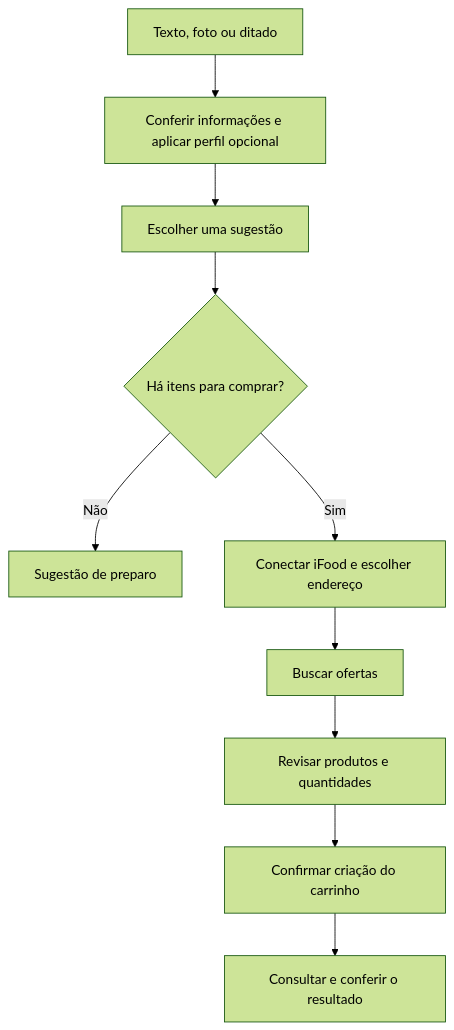
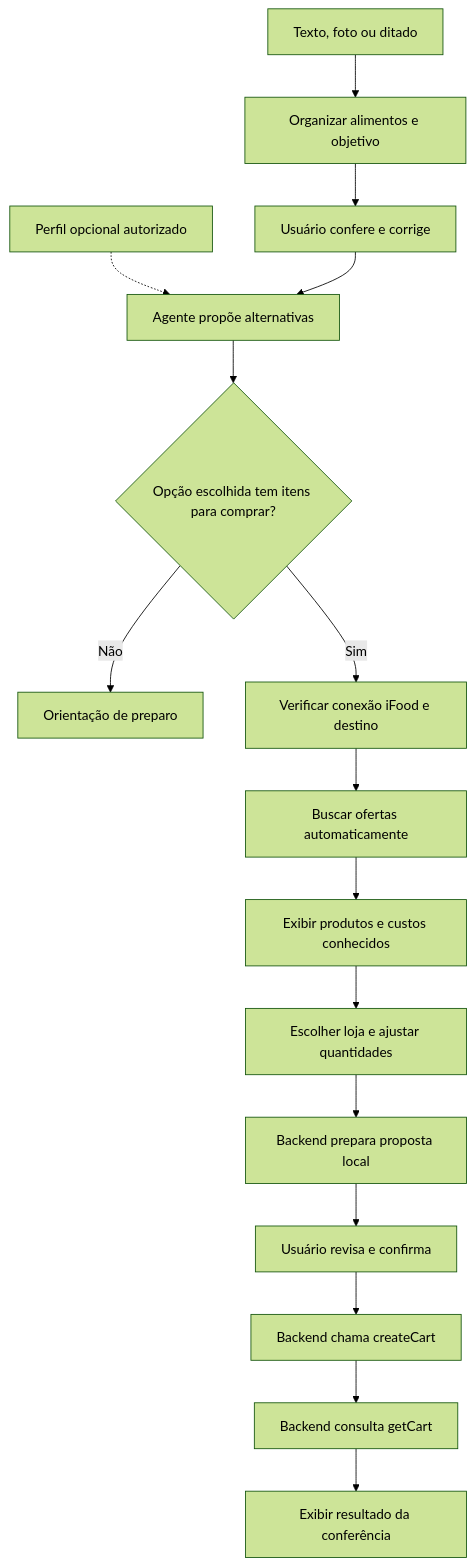
The diagram in docs/entregaveis/02-desenho-solucao.md (YagorVitor/Hackathon-Ifood), drawn with Mermaid (forest theme) before and after one commit. The commit also changed other lines of this file and 8 other files, not shown here.

````diff
--- a/docs/entregaveis/02-desenho-solucao.md
+++ b/docs/entregaveis/02-desenho-solucao.md
@@ -21,12 +25,18 @@
 ```mermaid
 flowchart TD
- A[Texto, foto ou ditado] --> B[Conferir informações e aplicar perfil opcional]
- B --> C[Escolher uma sugestão]
- C --> D{Há itens para comprar?}
- D -->|Não| E[Sugestão de preparo]
- D -->|Sim| F[Conectar iFood e escolher endereço]
- F --> G[Buscar ofertas]
- G --> H[Revisar produtos e quantidades]
- H --> I[Confirmar criação do carrinho]
- I --> J[Consultar e conferir o resultado]
+ A[Texto, foto ou ditado] --> B[Organizar alimentos e objetivo]
+ B --> C[Usuário confere e corrige]
+ P[Perfil opcional autorizado] -.-> D[Agente propõe alternativas]
+ C --> D
+ D --> E{Opção escolhida tem itens para comprar?}
+ E -->|Não| F[Orientação de preparo]
+ E -->|Sim| G[Verificar conexão iFood e destino]
+ G --> H[Buscar ofertas automaticamente]
+ H --> I[Exibir produtos e custos conhecidos]
+ I --> J[Escolher loja e ajustar quantidades]
+ J --> K[Backend prepara proposta local]
+ K --> L[Usuário revisa e confirma]
+ L --> M[Backend chama createCart]
+ M --> N[Backend consulta getCart]
+ N --> O[Exibir resultado da conferência]
 ```
````
